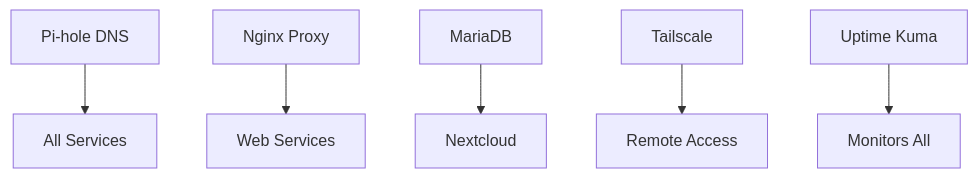
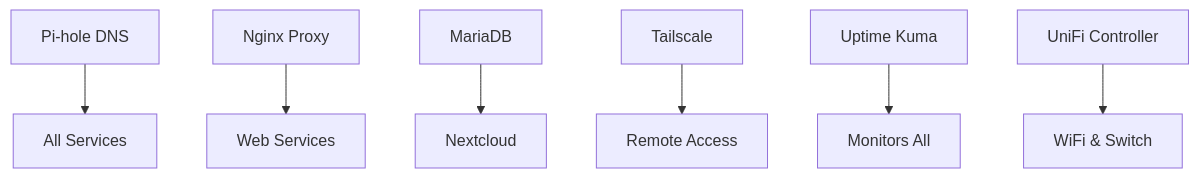
The diagram in docs/reference/services.md (lasit/homelab-proxmox-cluster), drawn with Mermaid before and after one commit. The commit also changed other lines of this file and 3 other files, not shown here.

````diff
--- a/docs/reference/services.md
+++ b/docs/reference/services.md
@@ -182,8 +209,9 @@
 ```mermaid
 graph TD
     DNS[Pi-hole DNS] --> ALL[All Services]
     NPM[Nginx Proxy] --> WEB[Web Services]
     DB[MariaDB] --> NC[Nextcloud]
     TS[Tailscale] --> REMOTE[Remote Access]
     UPK[Uptime Kuma] --> MON[Monitors All]
+    UNIFI[UniFi Controller] --> WIFI[WiFi & Switch]
 ```
````
